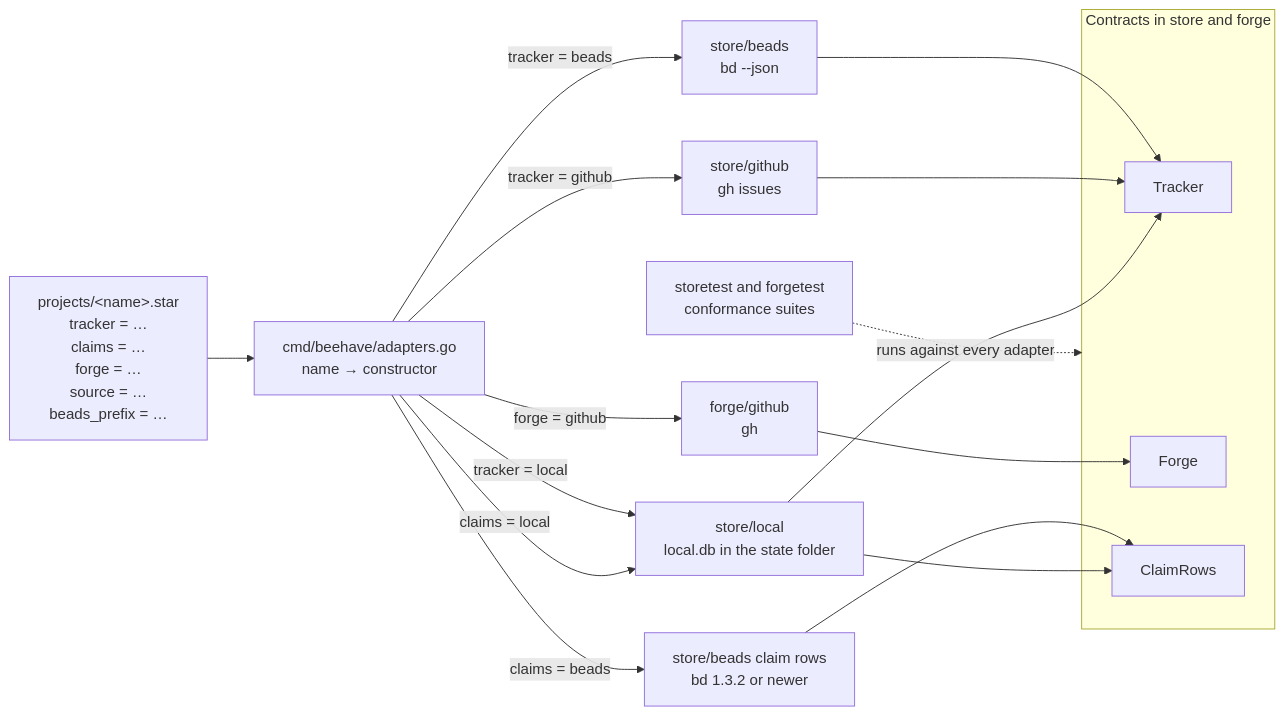
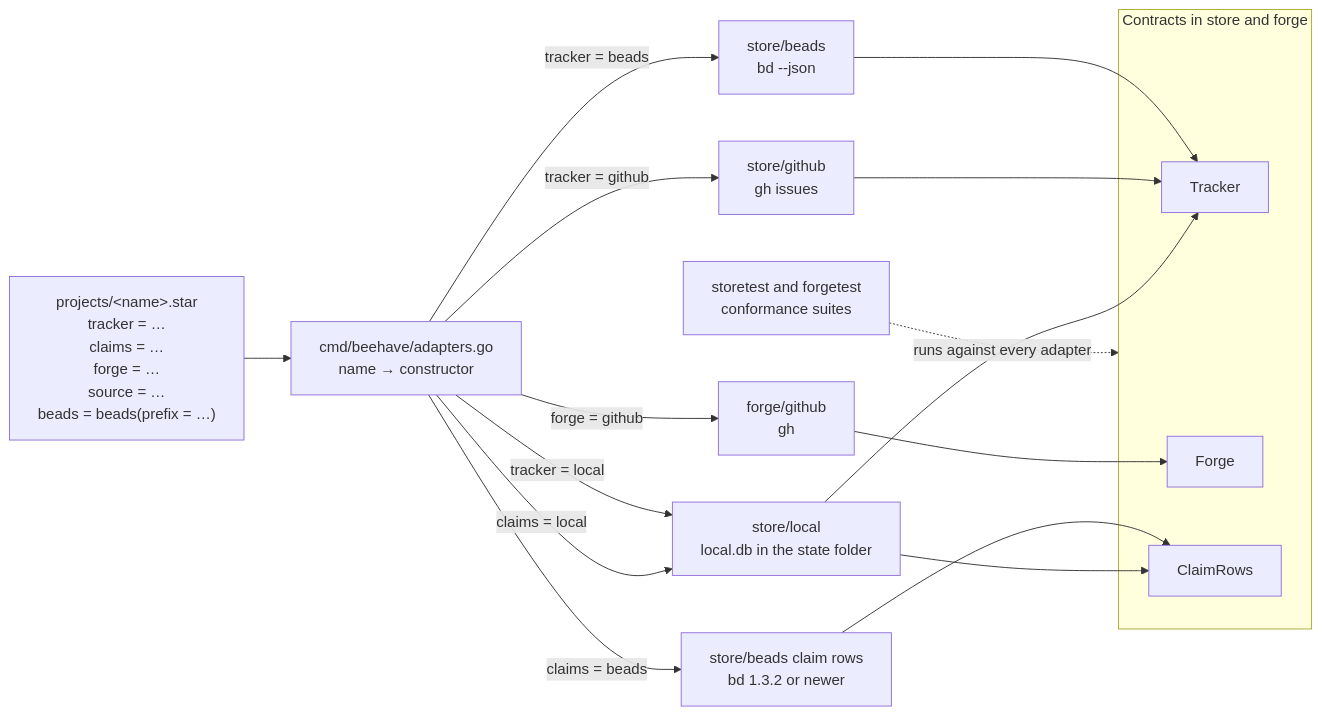
The second of 2 diagrams in docs/design/packages.md (tobocop2/beehave), drawn with Mermaid before and after one commit. The commit also changed other lines of this file and 95 other files, not shown here.

````diff
--- a/docs/design/packages.md
+++ b/docs/design/packages.md
@@ -245,34 +245,34 @@
 ```mermaid
 flowchart LR
-    project["projects/&lt;name&gt;.star<br/>tracker = …<br/>claims = …<br/>forge = …<br/>source = …<br/>beads_prefix = …"]
+    project["projects/&lt;name&gt;.star<br/>tracker = …<br/>claims = …<br/>forge = …<br/>source = …<br/>beads = beads(prefix = …)"]
     table["cmd/beehave/adapters.go<br/>name → constructor"]
 
     subgraph contracts["Contracts in store and forge"]
         Tracker
         Forge
         ClaimRows
     end
 
     beads["store/beads<br/>bd --json"]
     ghissues["store/github<br/>gh issues"]
     github["forge/github<br/>gh"]
     lease["store/beads claim rows<br/>bd 1.3.2 or newer"]
     localdb["store/local<br/>local.db in the state folder"]
 
     project --> table
     table -- "tracker = beads" --> beads
     table -- "tracker = github" --> ghissues
     table -- "tracker = local" --> localdb
     table -- "forge = github" --> github
     table -- "claims = beads" --> lease
     table -- "claims = local" --> localdb
 
     beads --> Tracker
     ghissues --> Tracker
     localdb --> Tracker
     github --> Forge
     lease --> ClaimRows
     localdb --> ClaimRows
 
     suite["storetest and forgetest<br/>conformance suites"] -. "runs against every adapter" .-> contracts
 ```
````
